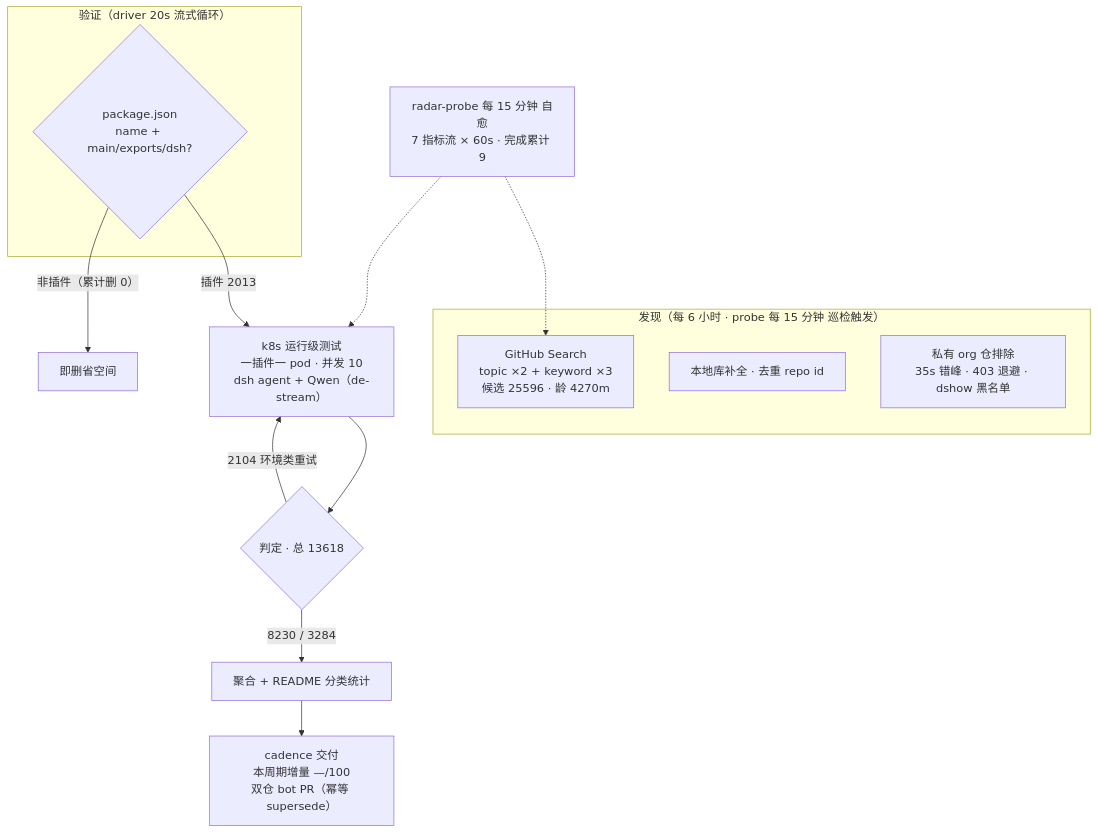
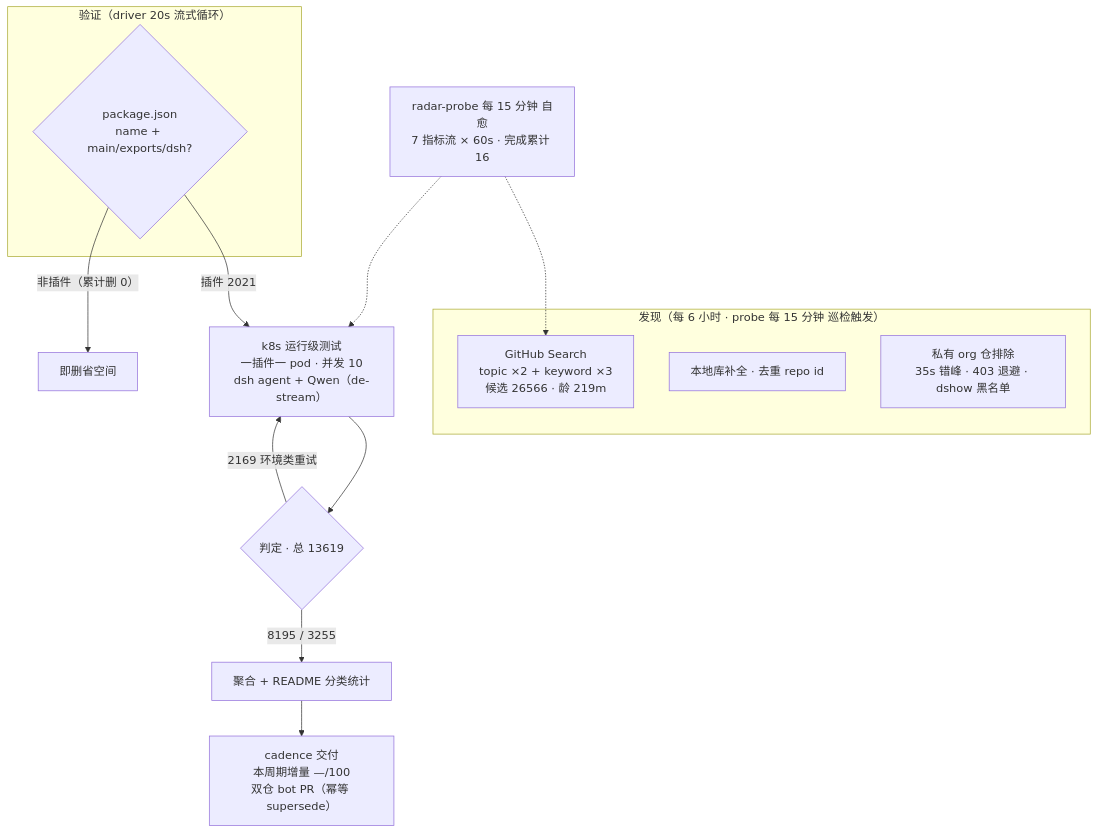
The diagram in README.md (Zhidao-Lab-OSS/awesome-dsh-plugins), drawn with Mermaid before and after one commit. The commit also changed other lines of this file and 1 other file, not shown here.

````diff
--- a/README.md
+++ b/README.md
@@ -54,20 +54,20 @@
 ```mermaid
 flowchart TB
     subgraph Discovery["发现（每 6 小时 · probe 每 15 分钟 巡检触发）"]
-        A1["GitHub Search<br/>topic ×2 + keyword ×3<br/>候选 25596 · 龄 4270m"]
+        A1["GitHub Search<br/>topic ×2 + keyword ×3<br/>候选 26566 · 龄 219m"]
         A2["本地库补全 · 去重 repo id"]
         A3["私有 org 仓排除<br/>35s 错峰 · 403 退避 · dshow 黑名单"]
     end
     subgraph Validation["验证（driver 20s 流式循环）"]
         B1{"package.json<br/>name + main/exports/dsh?"}
     end
-    B1 -->|"插件 2013"| C1["k8s 运行级测试<br/>一插件一 pod · 并发 10<br/>dsh agent + Qwen（de-stream）"]
+    B1 -->|"插件 2021"| C1["k8s 运行级测试<br/>一插件一 pod · 并发 10<br/>dsh agent + Qwen（de-stream）"]
     B1 -->|"非插件（累计删 0）"| B3["即删省空间"]
-    C1 --> D1{"判定 · 总 13618"}
-    D1 -->|"8230 / 3284"| E1["聚合 + README 分类统计"]
-    D1 -->|"2104 环境类重试"| C1
+    C1 --> D1{"判定 · 总 13619"}
+    D1 -->|"8195 / 3255"| E1["聚合 + README 分类统计"]
+    D1 -->|"2169 环境类重试"| C1
     E1 --> E2["cadence 交付<br/>本周期增量 —/100<br/>双仓 bot PR（幂等 supersede）"]
-    M["radar-probe 每 15 分钟 自愈<br/>7 指标流 × 60s · 完成累计 9"]
+    M["radar-probe 每 15 分钟 自愈<br/>7 指标流 × 60s · 完成累计 16"]
     M -.-> A1
     M -.-> C1
 ```
````
